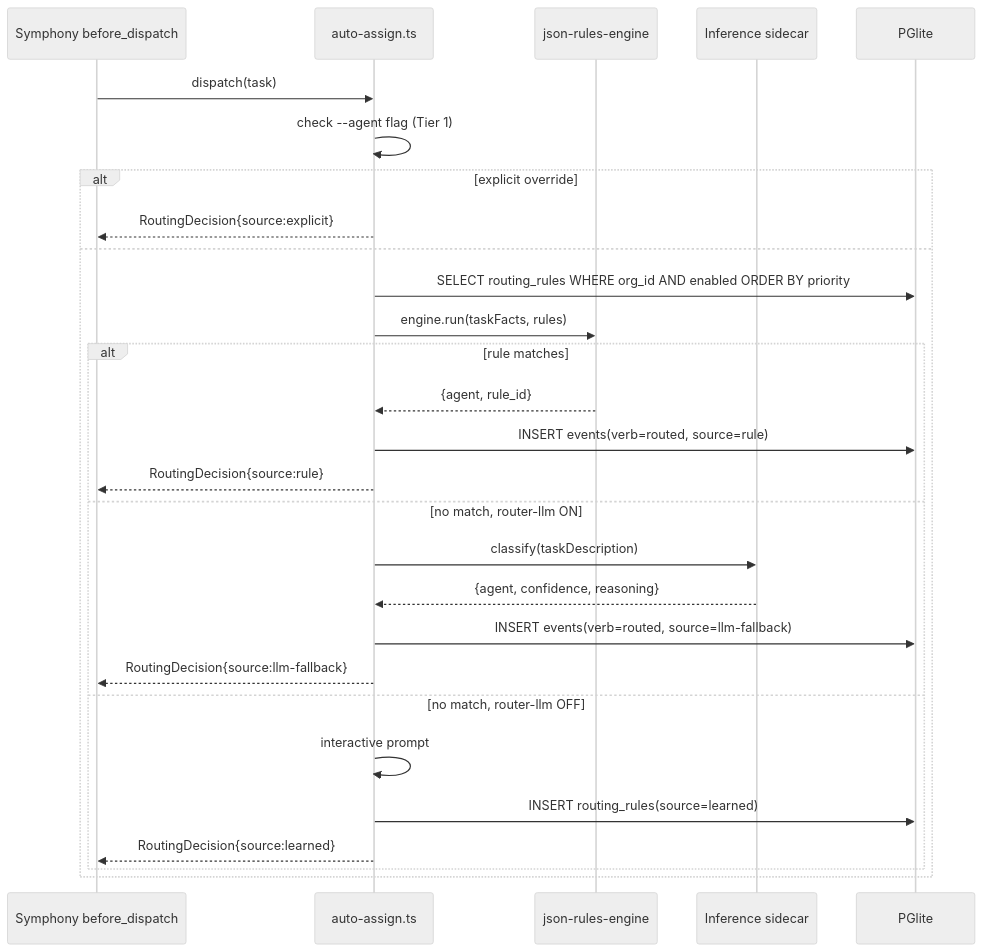
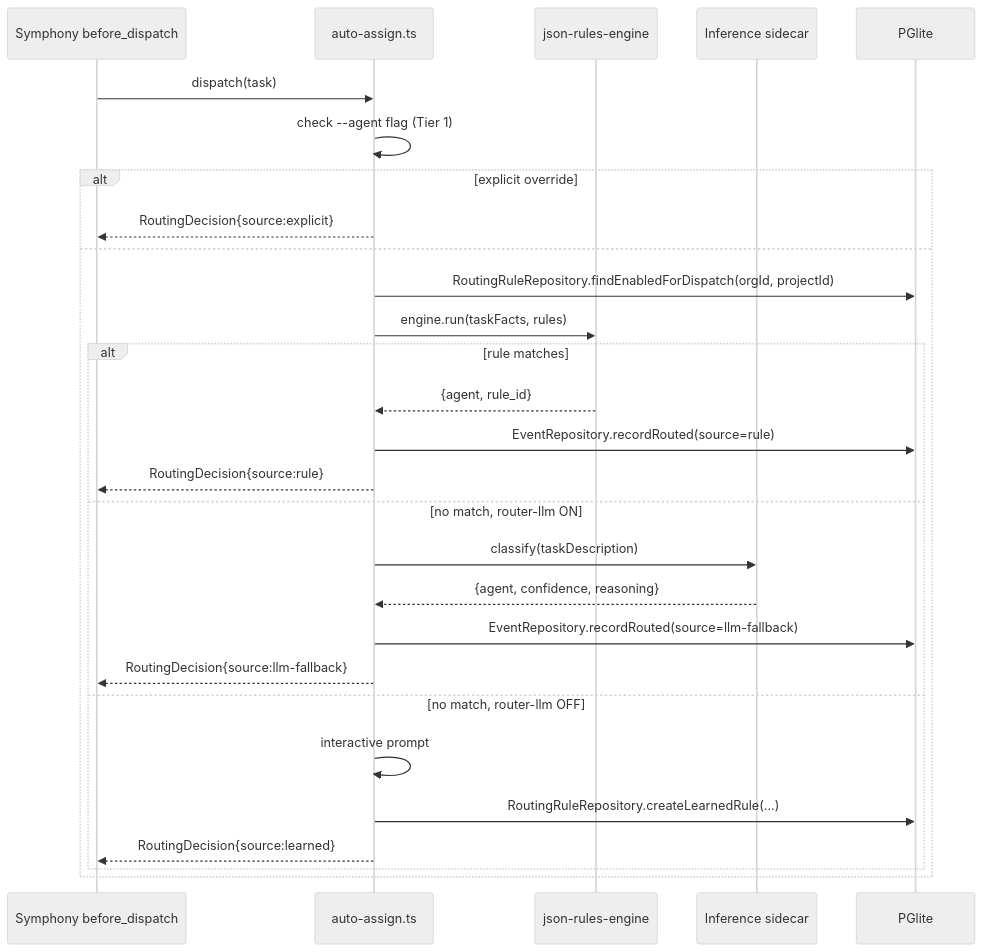
The second of 2 diagrams in .scratch/agent-os-vision/prds/05-router-and-skills.md (moabualruz/fulcrum), drawn with Mermaid (neutral theme) before and after one commit. The commit also changed other lines of this file and 20 other files, not shown here.

````diff
--- a/.scratch/agent-os-vision/prds/05-router-and-skills.md
+++ b/.scratch/agent-os-vision/prds/05-router-and-skills.md
@@ -249,31 +247,31 @@
 ```mermaid
 sequenceDiagram
     participant SYM as Symphony before_dispatch
     participant AA as auto-assign.ts
     participant JRE as json-rules-engine
     participant SID as Inference sidecar
     participant DB as PGlite
 
     SYM->>AA: dispatch(task)
     AA->>AA: check --agent flag (Tier 1)
     alt explicit override
         AA-->>SYM: RoutingDecision{source:explicit}
     else
-        AA->>DB: SELECT routing_rules WHERE org_id AND enabled ORDER BY priority
+        AA->>DB: RoutingRuleRepository.findEnabledForDispatch(orgId, projectId)
         AA->>JRE: engine.run(taskFacts, rules)
         alt rule matches
             JRE-->>AA: {agent, rule_id}
-            AA->>DB: INSERT events(verb=routed, source=rule)
+            AA->>DB: EventRepository.recordRouted(source=rule)
             AA-->>SYM: RoutingDecision{source:rule}
         else no match, router-llm ON
             AA->>SID: classify(taskDescription)
             SID-->>AA: {agent, confidence, reasoning}
-            AA->>DB: INSERT events(verb=routed, source=llm-fallback)
+            AA->>DB: EventRepository.recordRouted(source=llm-fallback)
             AA-->>SYM: RoutingDecision{source:llm-fallback}
         else no match, router-llm OFF
             AA->>AA: interactive prompt
-            AA->>DB: INSERT routing_rules(source=learned)
+            AA->>DB: RoutingRuleRepository.createLearnedRule(...)
             AA-->>SYM: RoutingDecision{source:learned}
         end
     end
 ```
````
